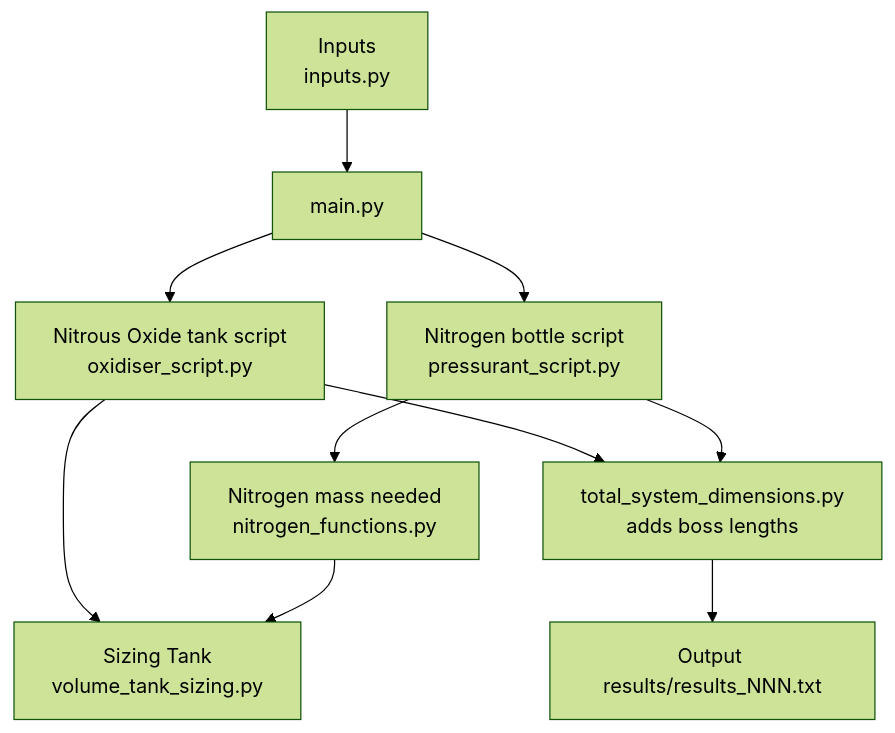
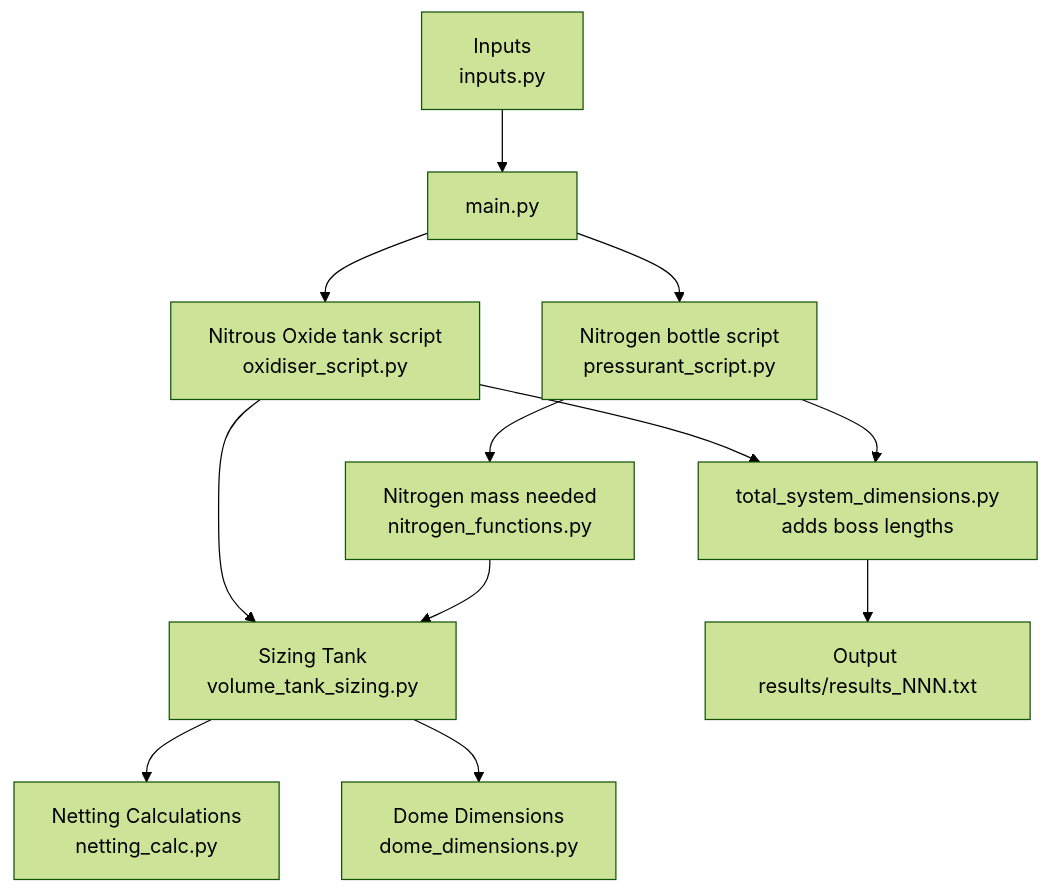
The diagram in README.md (TheRocketeer314/COPV-Tank-Solver), drawn with Mermaid (forest theme) before and after one commit.

Commit message:
Updated Flowchart in README.

````diff
--- a/README.md
+++ b/README.md
@@ -12,12 +12,14 @@
 ```mermaid
 flowchart TD
     A[Inputs<br>inputs.py] --> B[main.py]
     B --> C[Nitrous Oxide tank script<br>oxidiser_script.py]
     B --> D[Nitrogen bottle script<br>pressurant_script.py]
     D --> D1[Nitrogen mass needed<br>nitrogen_functions.py]
     C --> E[Sizing Tank<br>volume_tank_sizing.py]
     D1 --> E
-    C --> F[total_system_dimensions.py<br>adds boss lengths]
-    D --> F
-    F --> G[Output results/results_NNN.txt]
+    E --> F[Netting Calculations<br>netting_calc.py]
+    E --> G[Dome Dimensions<br>dome_dimensions.py]
+    C --> H[total_system_dimensions.py<br>adds boss lengths]
+    D --> H
+    H --> I[Output results/results_NNN.txt]
 ```
````
